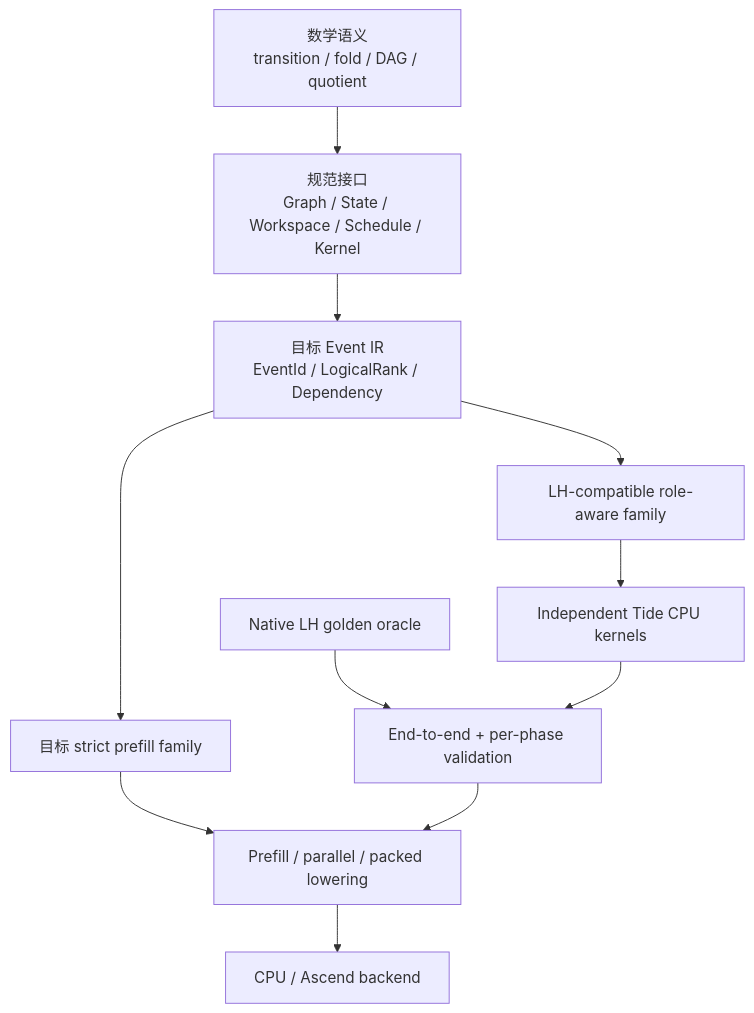
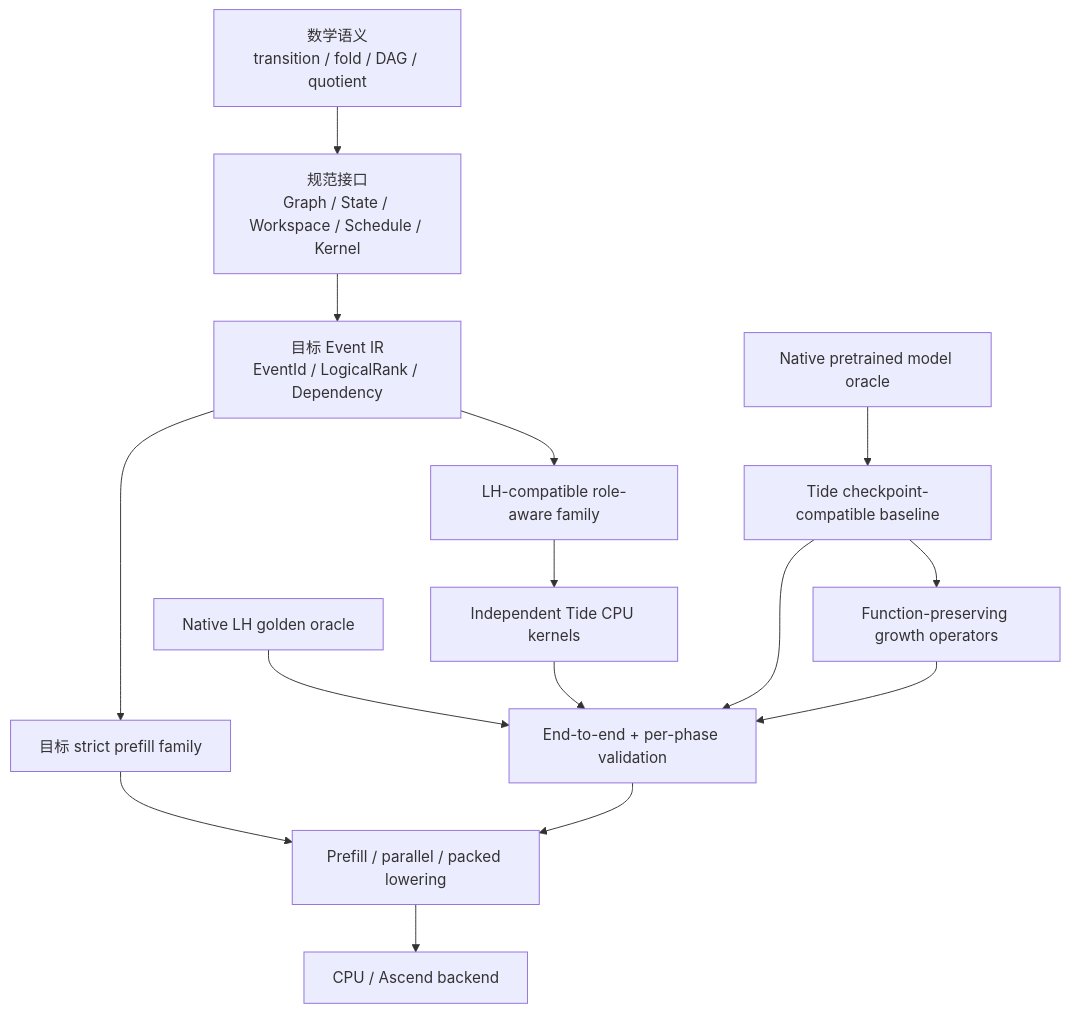
The first of 3 diagrams in 20-tide-decentralized-neural-network/tide-runtime-validation-and-status.md (ZichaoLong/ObsidianVault), drawn with Mermaid before and after one commit. The commit also changed other lines of this file and 8 other files, not shown here.

````diff
--- a/20-tide-decentralized-neural-network/tide-runtime-validation-and-status.md
+++ b/20-tide-decentralized-neural-network/tide-runtime-validation-and-status.md
@@ -634,24 +640,31 @@
 ```mermaid
 flowchart TB
   Math["数学语义<br/>transition / fold / DAG / quotient"]
   Contract["规范接口<br/>Graph / State / Workspace / Schedule / Kernel"]
   EventIR["目标 Event IR<br/>EventId / LogicalRank / Dependency"]
   Strict["目标 strict prefill family"]
   LHSpec["LH-compatible role-aware family"]
   TideCPU["Independent Tide CPU kernels"]
   Native["Native LH golden oracle"]
+  NativeModel["Native pretrained model oracle"]
+  TideBase["Tide checkpoint-compatible baseline"]
+  Growth["Function-preserving growth operators"]
   Validate["End-to-end + per-phase validation"]
   Optimize["Prefill / parallel / packed lowering"]
   Backend["CPU / Ascend backend"]
 
   Math --> Contract
   Contract --> EventIR
   EventIR --> Strict
   EventIR --> LHSpec
   LHSpec --> TideCPU
   Strict --> Optimize
   Native --> Validate
   TideCPU --> Validate
+  NativeModel --> TideBase
+  TideBase --> Growth
+  TideBase --> Validate
+  Growth --> Validate
   Validate --> Optimize
   Optimize --> Backend
 ```
````
